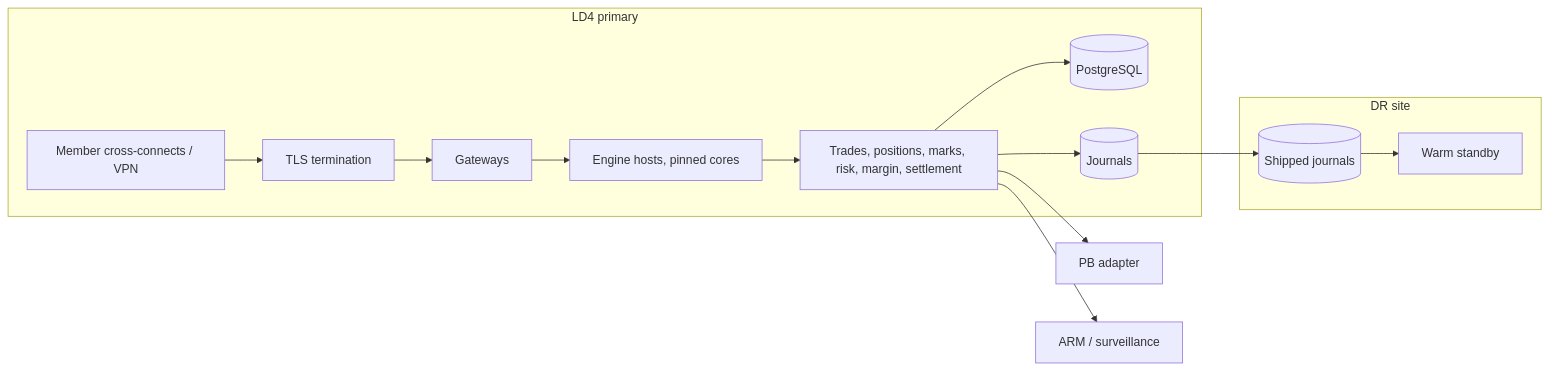
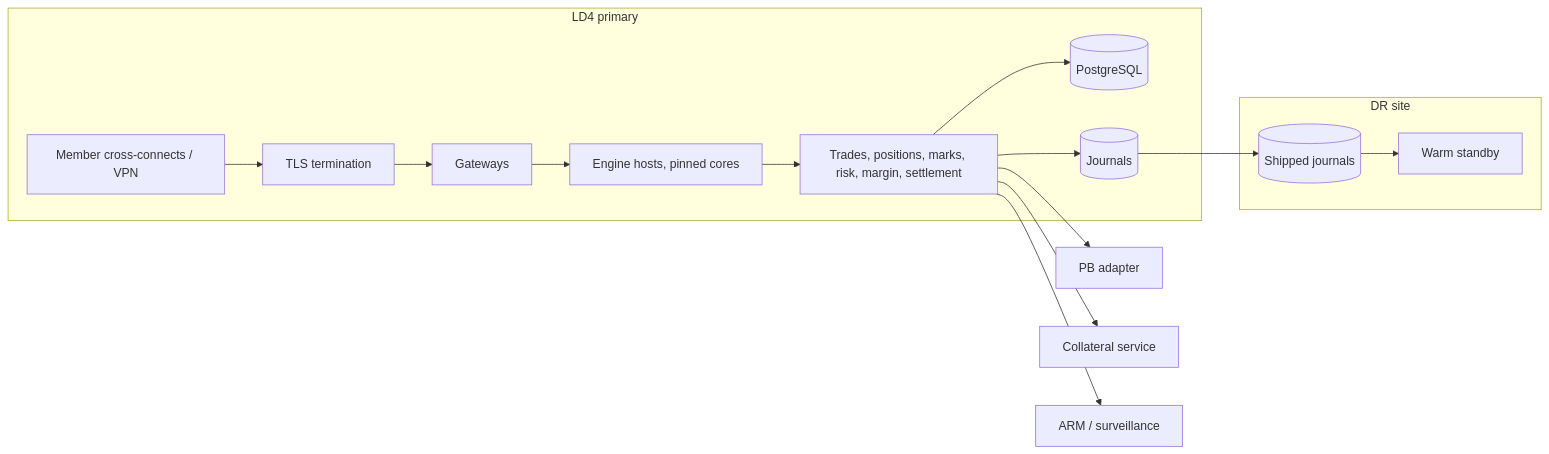
The seventh of 8 diagrams in docs/diagrams.md (LevonDerma1221/swans-docs), drawn with Mermaid before and after one commit. The commit also changed other lines of this file and 14 other files, not shown here.

First line of the commit message:
Integrate risk engine spec v3.0: two-engine architecture, formal margin math, model governance

````diff
--- a/docs/diagrams.md
+++ b/docs/diagrams.md
@@ -130,16 +151,17 @@
 ```mermaid
 flowchart LR
   subgraph LD4["LD4 primary"]
     XC[Member cross-connects / VPN] --> LB[TLS termination] --> GW[Gateways]
     GW --> ENG[Engine hosts, pinned cores]
     ENG --> SVC[Trades, positions, marks, risk, margin, settlement]
     SVC --> DB[(PostgreSQL)]
     SVC --> J[(Journals)]
   end
   subgraph DR["DR site"]
     J2[(Shipped journals)] --> WS[Warm standby]
   end
   J --> J2
   SVC --> PBA[PB adapter]
+  SVC --> COLS[Collateral service]
   SVC --> ARM[ARM / surveillance]
 ```
````
